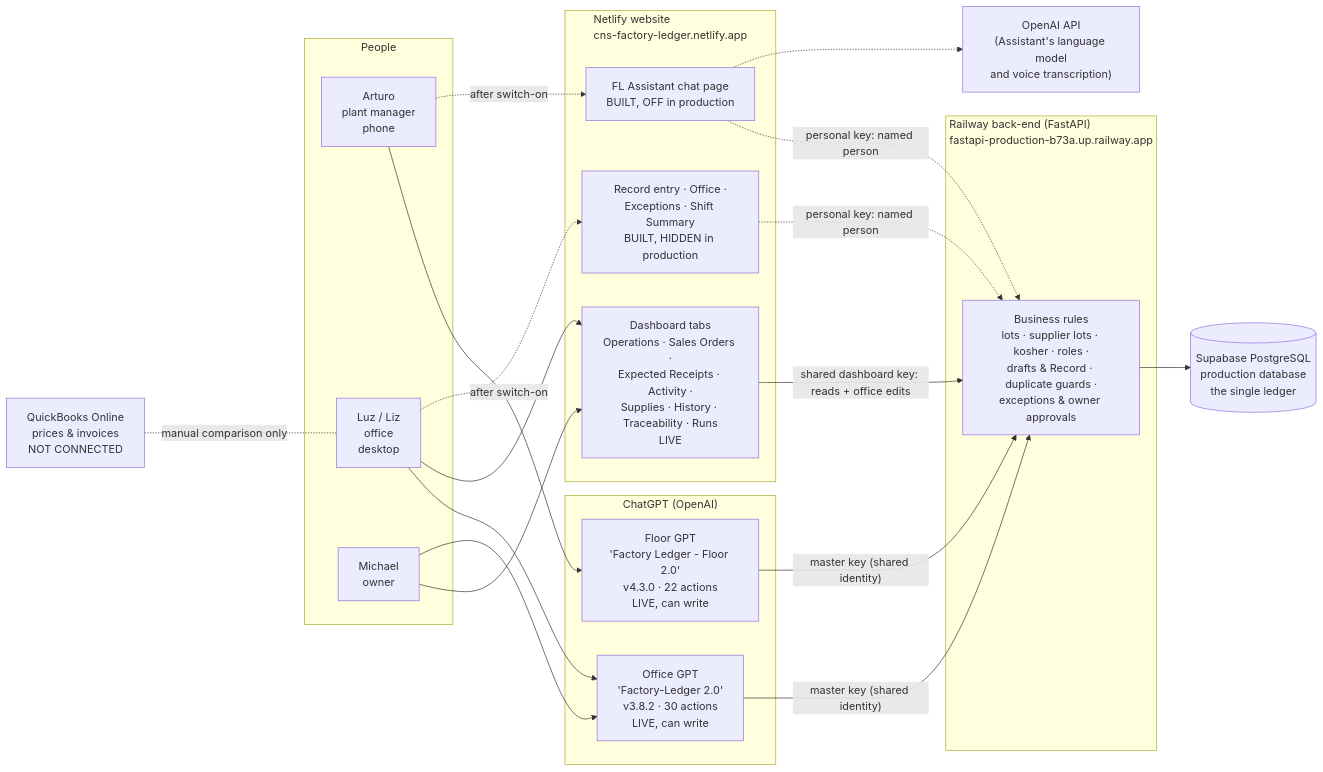
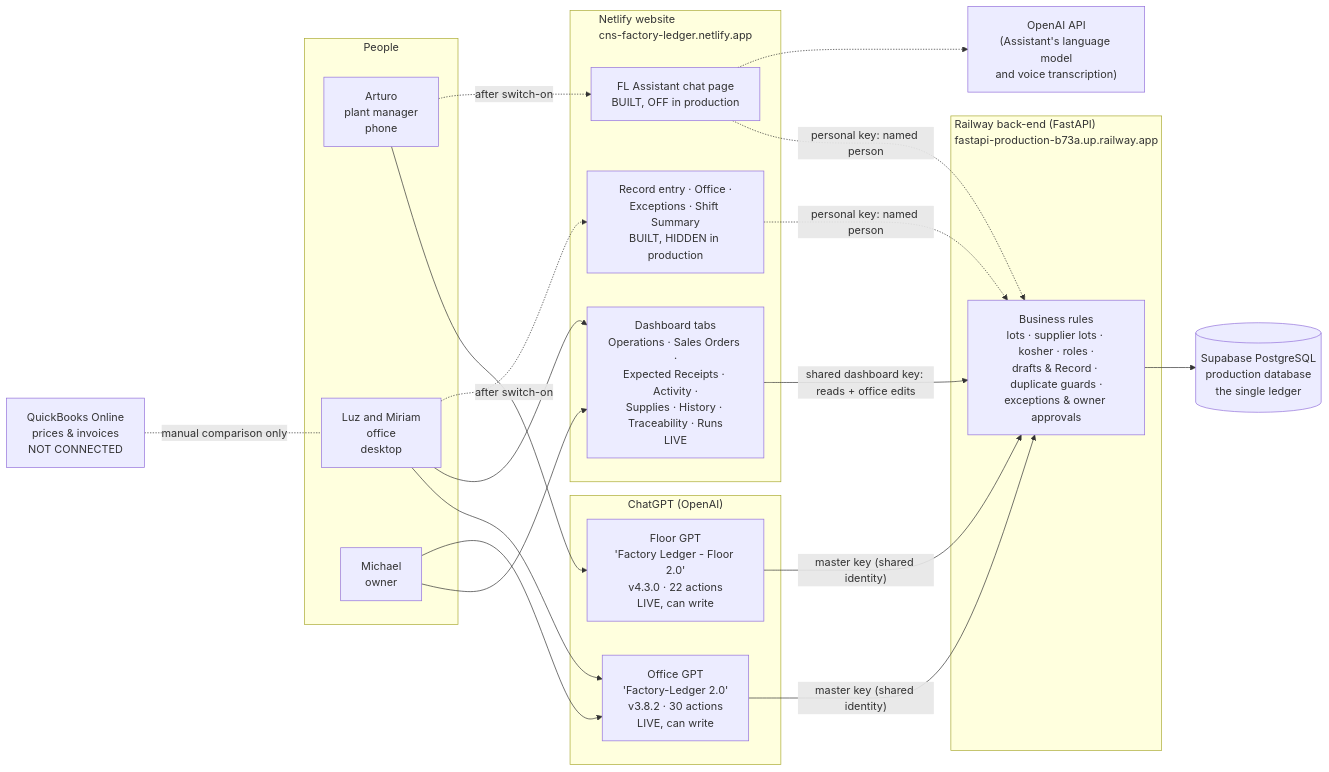
The first of 2 diagrams in docs/operating-model/01-architecture.md (sevenwells72/factory-ledger), drawn with Mermaid before and after one commit. The commit also changed 9 other files, not shown here.

First line of the commit message:
Medium coconut by the pound (correction to row 281), BOL photo on SHP-261110-004, office guide renamed to Luz (rows 282-283, SOP-12) [skip netlify] (#203)

````diff
--- a/docs/operating-model/01-architecture.md
+++ b/docs/operating-model/01-architecture.md
@@ -13,44 +13,44 @@
 ```mermaid
 flowchart LR
   subgraph People
     A[Arturo<br/>plant manager<br/>phone]
-    L[Luz / Liz<br/>office<br/>desktop]
+    L[Luz and Miriam<br/>office<br/>desktop]
     M[Michael<br/>owner]
   end
 
   subgraph ChatGPT["ChatGPT (OpenAI)"]
     FG["Floor GPT<br/>'Factory Ledger - Floor 2.0'<br/>v4.3.0 · 22 actions<br/>LIVE, can write"]
     OG["Office GPT<br/>'Factory-Ledger 2.0'<br/>v3.8.2 · 30 actions<br/>LIVE, can write"]
   end
 
   subgraph Netlify["Netlify website<br/>cns-factory-ledger.netlify.app"]
     D["Dashboard tabs<br/>Operations · Sales Orders ·<br/>Expected Receipts · Activity ·<br/>Supplies · History · Traceability · Runs<br/>LIVE"]
     E["Record entry · Office ·<br/>Exceptions · Shift Summary<br/>BUILT, HIDDEN in production"]
     FA["FL Assistant chat page<br/>BUILT, OFF in production"]
   end
 
   subgraph Railway["Railway back-end (FastAPI)<br/>fastapi-production-b73a.up.railway.app"]
     API["Business rules<br/>lots · supplier lots · kosher · roles ·<br/>drafts & Record · duplicate guards ·<br/>exceptions & owner approvals"]
   end
 
   DB[("Supabase PostgreSQL<br/>production database<br/>the single ledger")]
   OAI["OpenAI API<br/>(Assistant's language model<br/>and voice transcription)"]
   QB["QuickBooks Online<br/>prices & invoices<br/>NOT CONNECTED"]
 
   A --> FG
   L --> OG
   L --> D
   M --> D
   M --> OG
   A -.after switch-on.-> FA
   L -.after switch-on.-> E
 
   FG -- "master key (shared identity)" --> API
   OG -- "master key (shared identity)" --> API
   D -- "shared dashboard key: reads + office edits" --> API
   E -. "personal key: named person" .-> API
   FA -. "personal key: named person" .-> API
   FA -.-> OAI
   API --> DB
   QB -. "manual comparison only" .- L
 ```
````
